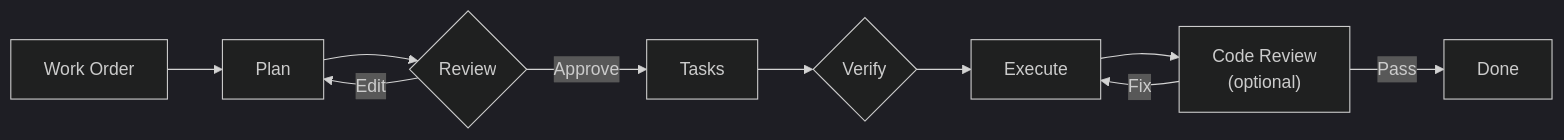
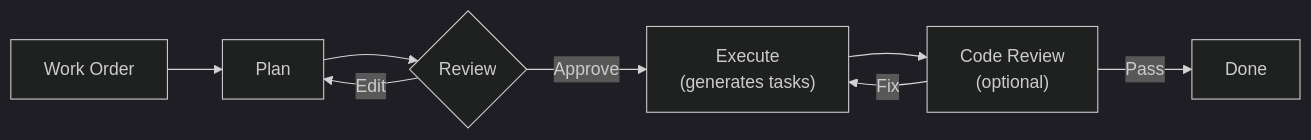
Before and after one commit to e0ipso/strikethroo: the diagram in README.md, drawn with Mermaid (dark theme). The commit also changed other lines of this file and 10 other files, not shown here.

````diff
--- a/README.md
+++ b/README.md
@@ -104,12 +112,10 @@
 ```mermaid
 flowchart LR
     A[Work Order] --> B[Plan]
     B --> C{Review}
     C -->|Edit| B
-    C -->|Approve| D[Tasks]
-    D --> E{Verify}
-    E --> G[Execute]
+    C -->|Approve| G["Execute<br/>(generates tasks)"]
     G --> H["Code Review<br/>(optional)"]
     H -->|Fix| G
     H -->|Pass| J[Done]
 ```
````
